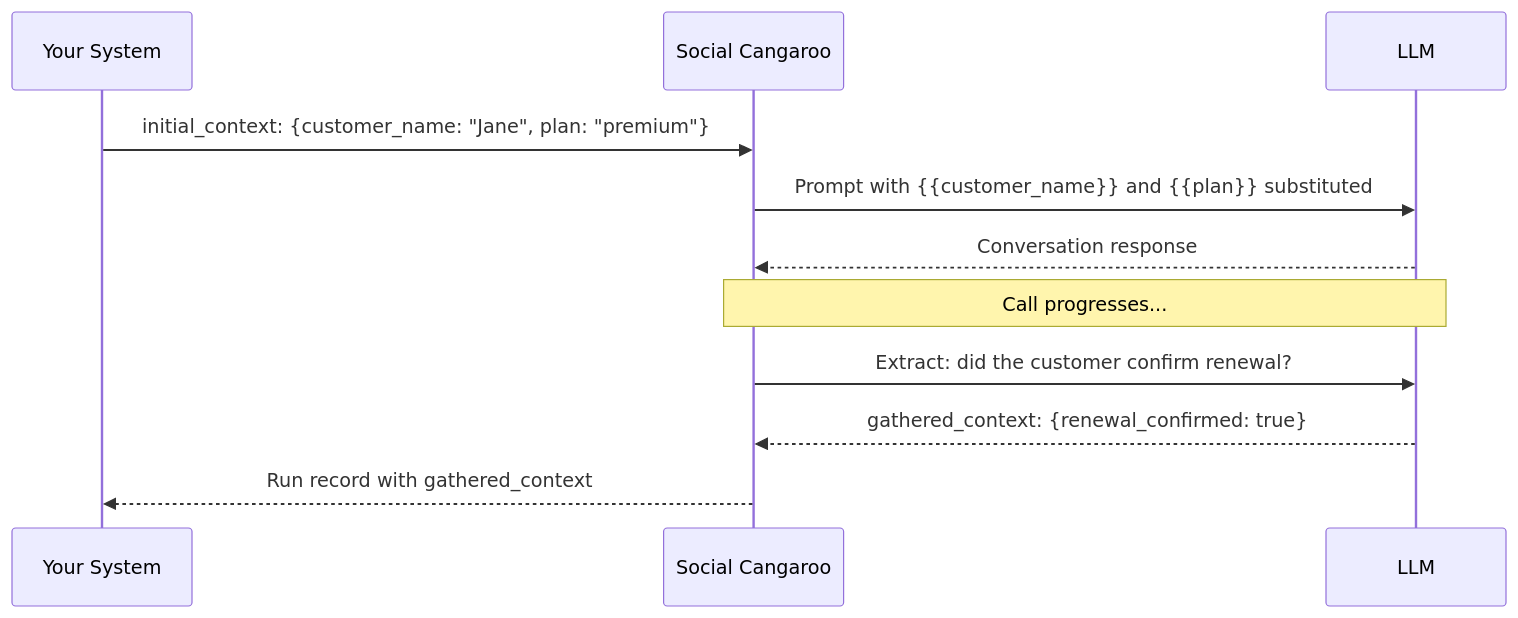
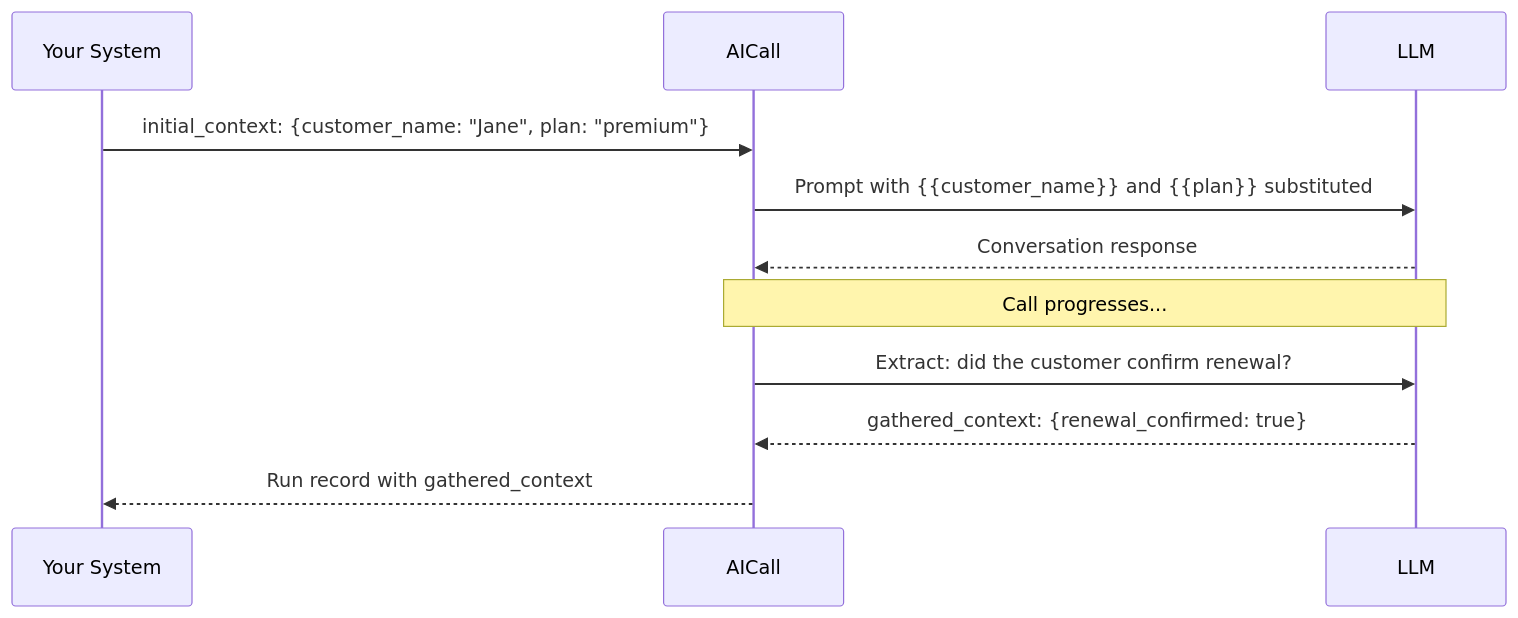
The diagram in docs/core-concepts/context-and-variables.mdx (ShoaibAhmedSoomro/riltai-aicall), drawn with Mermaid before and after one commit. The commit also changed other lines of this file and 587 other files, not shown here.

First line of the commit message:
Rebrand to RiltAI / AICall, monochrome graphite palette

````diff
--- a/docs/core-concepts/context-and-variables.mdx
+++ b/docs/core-concepts/context-and-variables.mdx
@@ -131,14 +131,14 @@
 ```mermaid
 sequenceDiagram
     participant App as Your System
-    participant Dog as Social Cangaroo
+    participant Dog as AICall
     participant LLM as LLM
 
     App->>Dog: initial_context: {customer_name: "Jane", plan: "premium"}
     Dog->>LLM: Prompt with {{customer_name}} and {{plan}} substituted
     LLM-->>Dog: Conversation response
     Note over Dog,LLM: Call progresses...
     Dog->>LLM: Extract: did the customer confirm renewal?
     LLM-->>Dog: gathered_context: {renewal_confirmed: true}
     Dog-->>App: Run record with gathered_context
 ```
````
